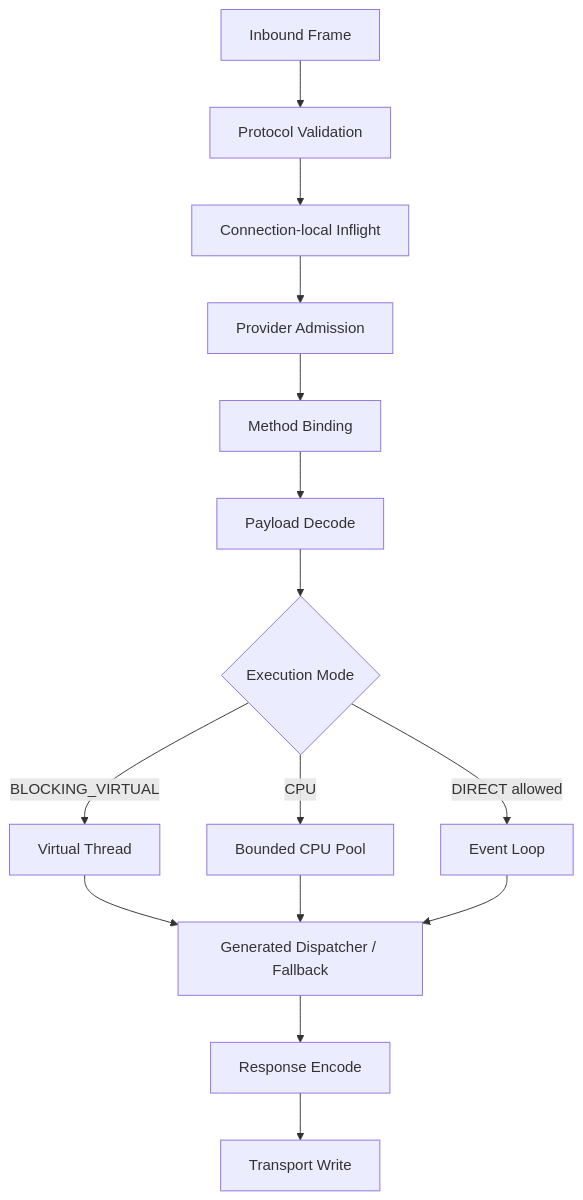
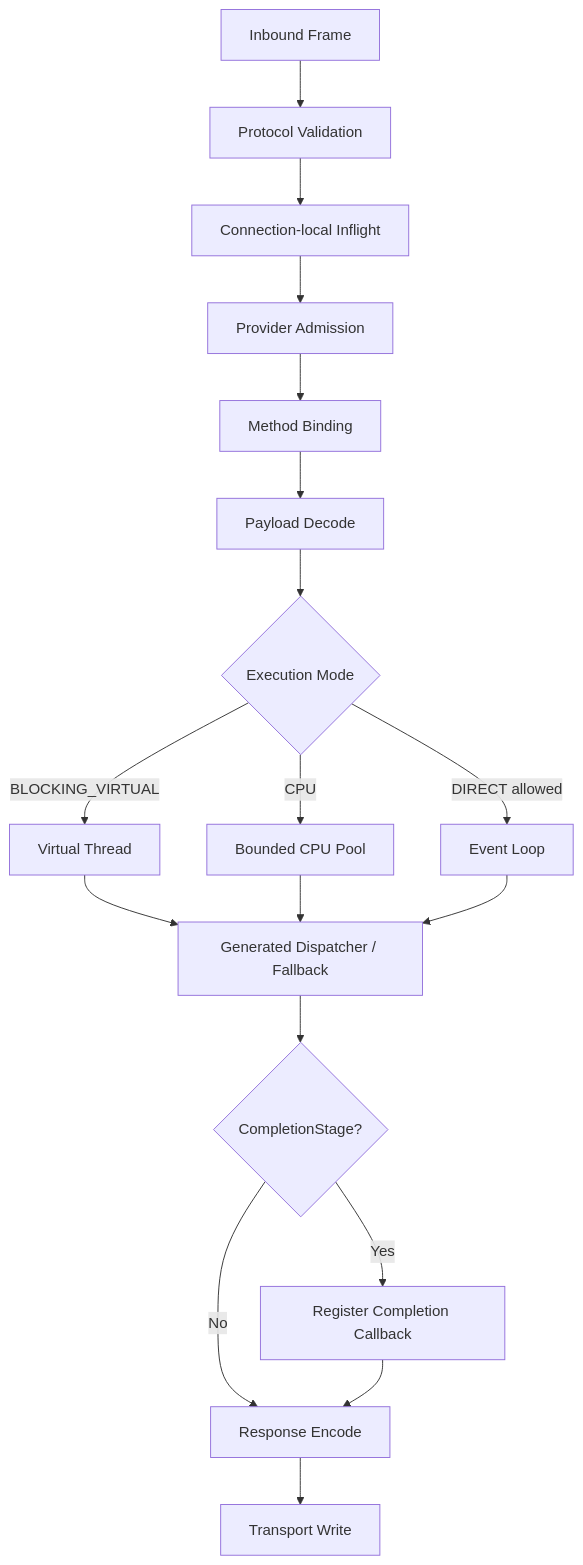
Before and after one commit to Ryan-Guizhou/peach-rpc: the second of 7 diagrams in docs/detailed-design.md, drawn with Mermaid. The commit also changed other lines of this file, not shown here.

Commit message:
docs: clarify asynchronous provider execution

````diff
--- a/docs/detailed-design.md
+++ b/docs/detailed-design.md
@@ -39,17 +39,20 @@
 ```mermaid
 flowchart TD
     Frame[Inbound Frame] --> Validate[Protocol Validation]
     Validate --> Track[Connection-local Inflight]
     Track --> Admission[Provider Admission]
     Admission --> Bind[Method Binding]
     Bind --> Decode[Payload Decode]
     Decode --> Policy{Execution Mode}
     Policy -->|BLOCKING_VIRTUAL| VT[Virtual Thread]
     Policy -->|CPU| CPU[Bounded CPU Pool]
     Policy -->|DIRECT allowed| EL[Event Loop]
     VT --> Invoke[Generated Dispatcher / Fallback]
     CPU --> Invoke
     EL --> Invoke
-    Invoke --> Encode[Response Encode]
+    Invoke --> Async{CompletionStage?}
+    Async -->|No| Encode[Response Encode]
+    Async -->|Yes| Await[Register Completion Callback]
+    Await --> Encode
     Encode --> Write[Transport Write]
 ```
````
